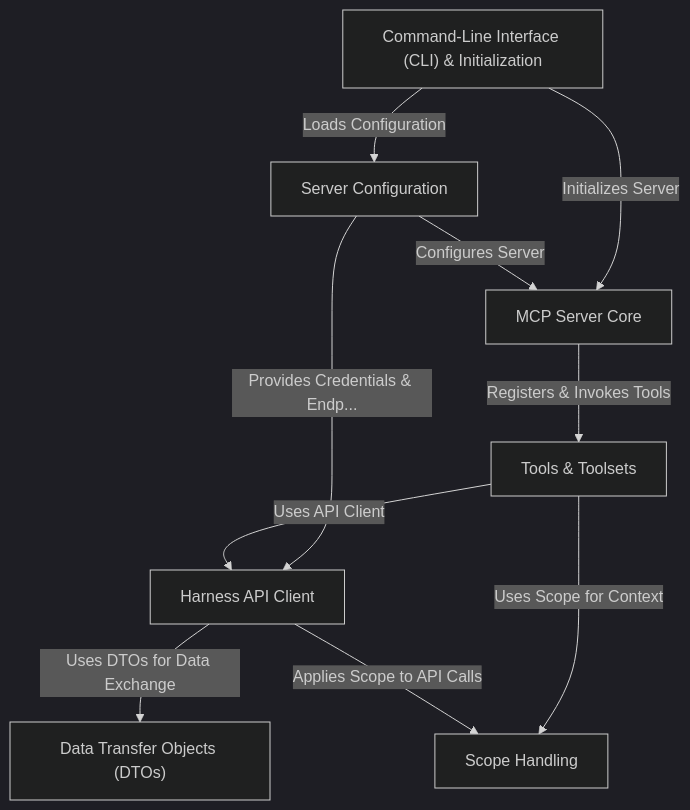
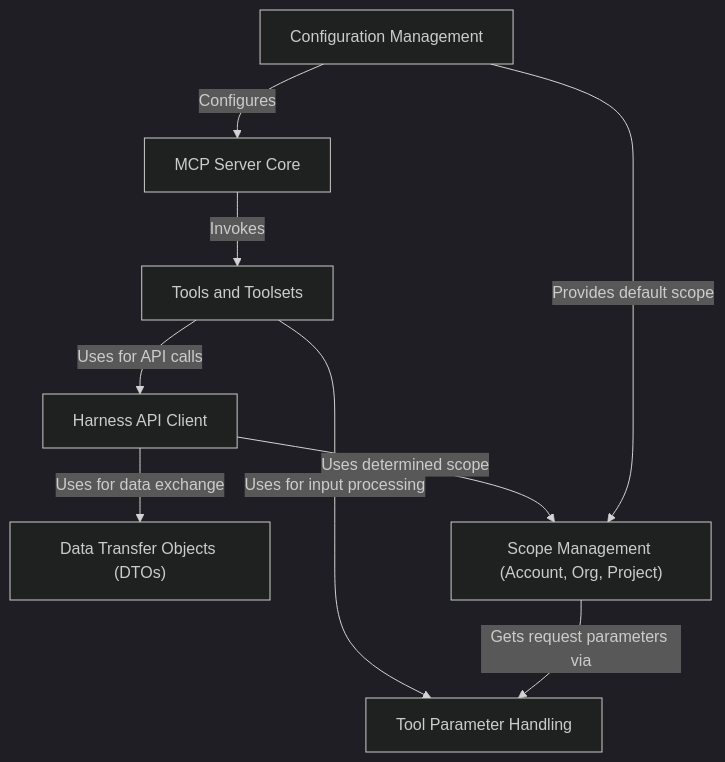
Before and after one commit to Ompragash/notes: the diagram in harness-mcp/index.md, drawn with Mermaid (dark theme). The commit also changed other lines of this file and 13 other files, not shown here.

````diff
--- a/harness-mcp/index.md
+++ b/harness-mcp/index.md
@@ -11,26 +10,25 @@
 ```mermaid
 flowchart TD
     A0["MCP Server Core
 "]
     A1["Harness API Client
 "]
-    A2["Tools & Toolsets
+    A2["Tools and Toolsets
 "]
-    A3["Server Configuration
+    A3["Configuration Management
 "]
     A4["Data Transfer Objects (DTOs)
 "]
-    A5["Scope Handling
+    A5["Scope Management (Account, Org, Project)
 "]
-    A6["Command-Line Interface (CLI) & Initialization
+    A6["Tool Parameter Handling
 "]
-    A6 -- "Loads Configuration" --> A3
-    A6 -- "Initializes Server" --> A0
-    A3 -- "Configures Server" --> A0
-    A3 -- "Provides Credentials & Endp..." --> A1
-    A0 -- "Registers & Invokes Tools" --> A2
-    A2 -- "Uses API Client" --> A1
-    A2 -- "Uses Scope for Context" --> A5
-    A1 -- "Uses DTOs for Data Exchange" --> A4
-    A1 -- "Applies Scope to API Calls" --> A5
+    A0 -- "Invokes" --> A2
+    A2 -- "Uses for API calls" --> A1
+    A1 -- "Uses for data exchange" --> A4
+    A3 -- "Configures" --> A0
+    A2 -- "Uses for input processing" --> A6
+    A5 -- "Gets request parameters via" --> A6
+    A1 -- "Uses determined scope" --> A5
+    A3 -- "Provides default scope" --> A5
 ```
````
